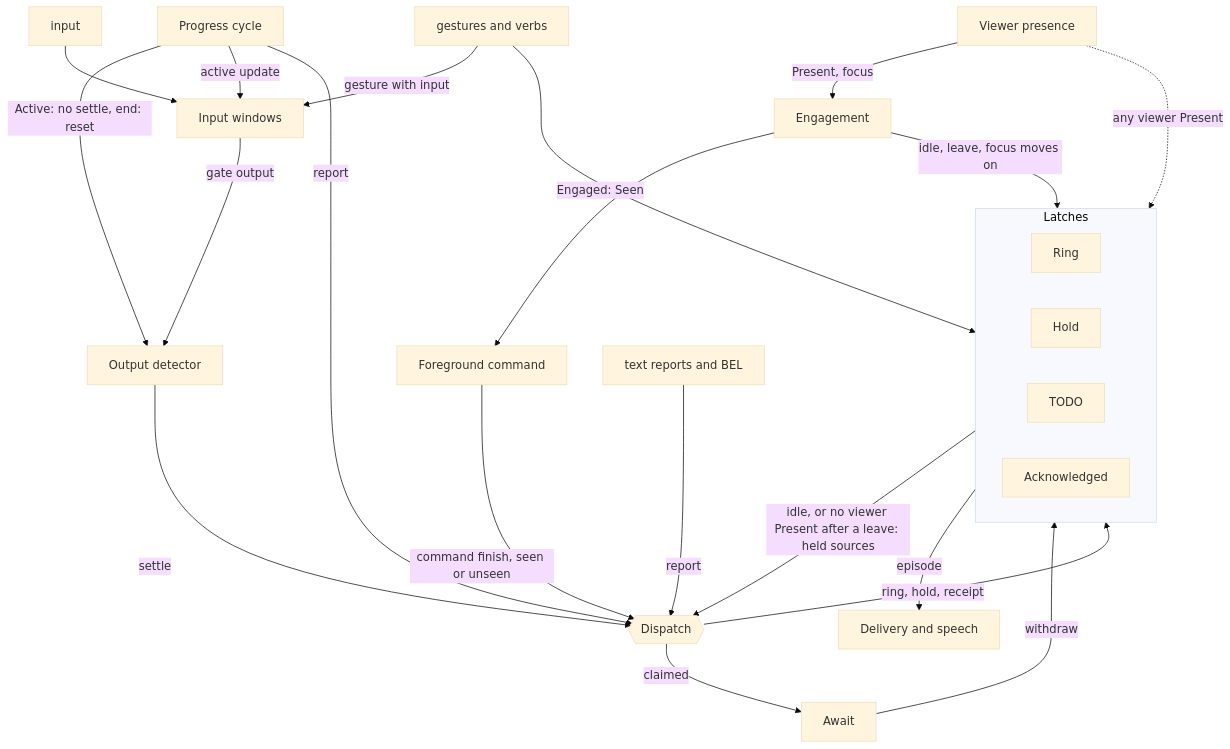
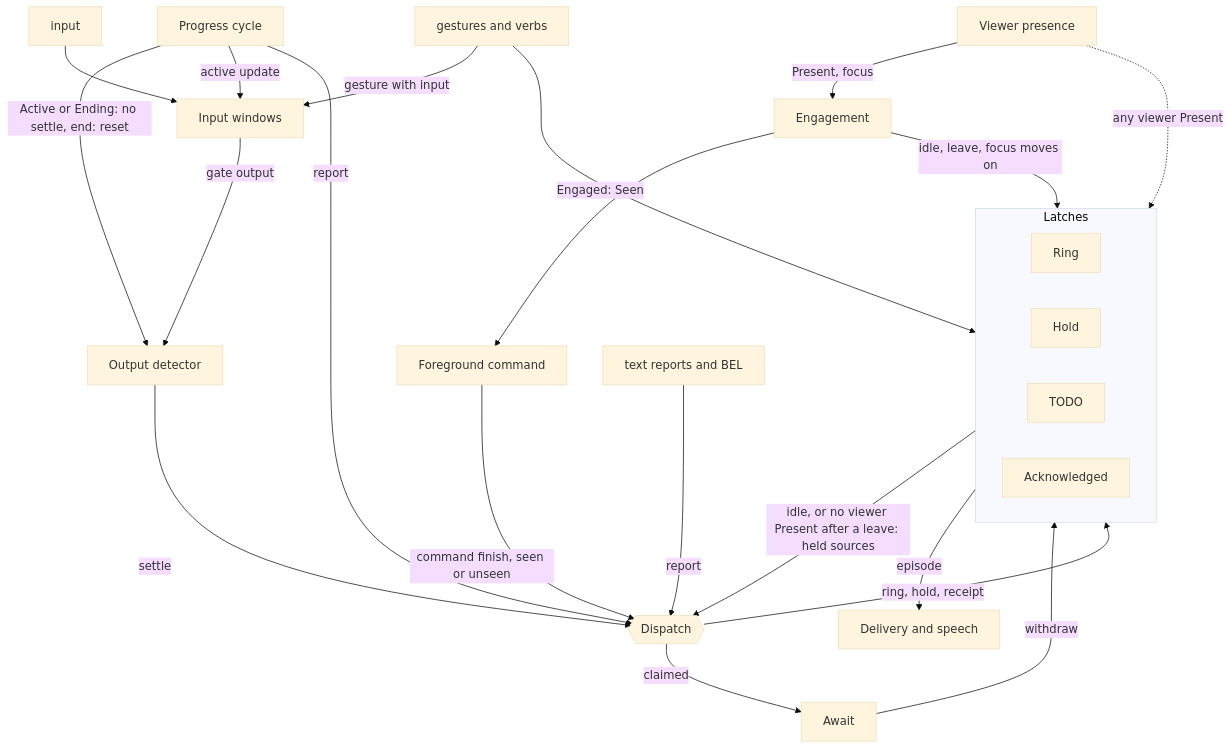
One commit to diffplug/dormouse changed the first of 16 diagrams in docs/specs/alert.md. Above: the diagram before and after it, drawn with Mermaid (base theme). The commit also changed other lines of this file and 7 other files, not shown here.

First line of the commit message:
Take a progress cycle's end as real only after a 3 s grace

````diff
--- a/docs/specs/alert.md
+++ b/docs/specs/alert.md
@@ -89,28 +89,28 @@
 ```mermaid
 flowchart TD
   P["Viewer presence"] -- "Present, focus" --> EN["Engagement"]
   WIN["Input windows"] -- "gate output" --> DET["Output detector"]
   IN["input"] --> WIN
-  PR["Progress cycle"] -- "Active: no settle, end: reset" --> DET
+  PR["Progress cycle"] -- "Active or Ending: no settle, end: reset" --> DET
   PR -- "active update" --> WIN
   DET -- "settle" --> DIS{{"Dispatch"}}
   CMD["Foreground command"] -- "command finish, seen or unseen" --> DIS
   PR -- "report" --> DIS
   REP["text reports and BEL"] -- "report" --> DIS
   DIS -- "claimed" --> AW["Await"]
   DIS -- "ring, hold, receipt" --> L
   AW -- "withdraw" --> L
   EN -- "idle, leave, focus moves on" --> L
   P -. "any viewer Present" .-> L
   EN -- "Engaged: Seen" --> CMD
   L -- "idle, or no viewer Present after a leave: held sources" --> DIS
   VB["gestures and verbs"] --> L
   VB -- "gesture with input" --> WIN
   subgraph L["Latches"]
     RING["Ring"]
     HOLD["Hold"]
     TODO["TODO"]
     ACK["Acknowledged"]
   end
   L -- "episode" --> DEL["Delivery and speech"]
 ```
````
